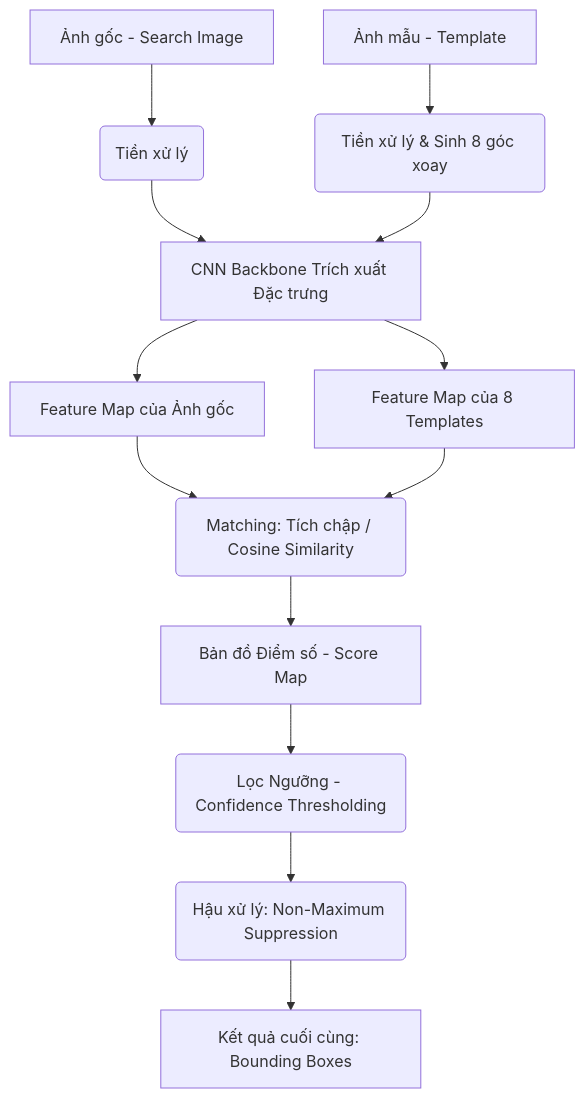
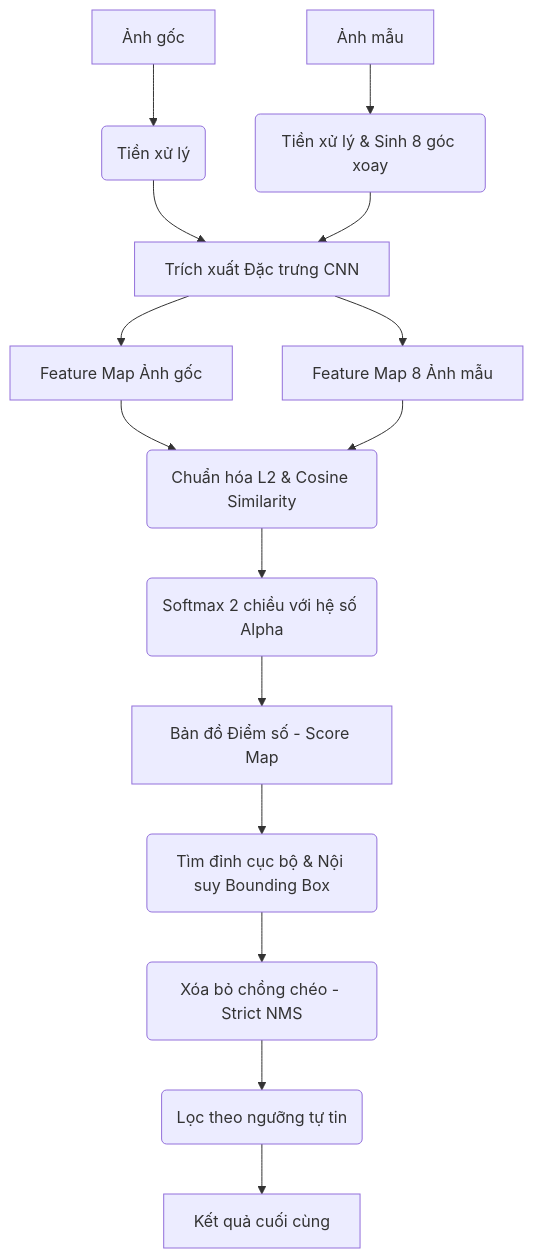
One commit to vietanhlee/Template_Matching_Deep_Learining changed the diagram in Docs.md. Above: the diagram before and after it, drawn with Mermaid. The commit also changed other lines of this file and 4 other files, not shown here.

````diff
--- a/Docs.md
+++ b/Docs.md
@@ -12,15 +12,17 @@
 ```mermaid
 graph TD
-    A[Ảnh gốc - Search Image] --> B(Tiền xử lý)
-    C[Ảnh mẫu - Template] --> D(Tiền xử lý & Sinh 8 góc xoay)
-    B --> E[CNN Backbone Trích xuất Đặc trưng]
+    A[Ảnh gốc] --> B(Tiền xử lý)
+    C[Ảnh mẫu] --> D(Tiền xử lý & Sinh 8 góc xoay)
+    B --> E[Trích xuất Đặc trưng CNN]
     D --> E
-    E --> F[Feature Map của Ảnh gốc]
-    E --> G[Feature Map của 8 Templates]
-    F --> H(Matching: Tích chập / Cosine Similarity)
+    E --> F[Feature Map Ảnh gốc]
+    E --> G[Feature Map 8 Ảnh mẫu]
+    F --> H(Chuẩn hóa L2 & Cosine Similarity)
     G --> H
-    H --> I[Bản đồ Điểm số - Score Map]
-    I --> J(Lọc Ngưỡng - Confidence Thresholding)
-    J --> K(Hậu xử lý: Non-Maximum Suppression)
-    K --> L[Kết quả cuối cùng: Bounding Boxes]
+    H --> I(Softmax 2 chiều với hệ số Alpha)
+    I --> J[Bản đồ Điểm số - Score Map]
+    J --> K(Tìm đỉnh cục bộ & Nội suy Bounding Box)
+    K --> L(Xóa bỏ chồng chéo - Strict NMS)
+    L --> M(Lọc theo ngưỡng tự tin)
+    M --> N[Kết quả cuối cùng]
 ```
````
